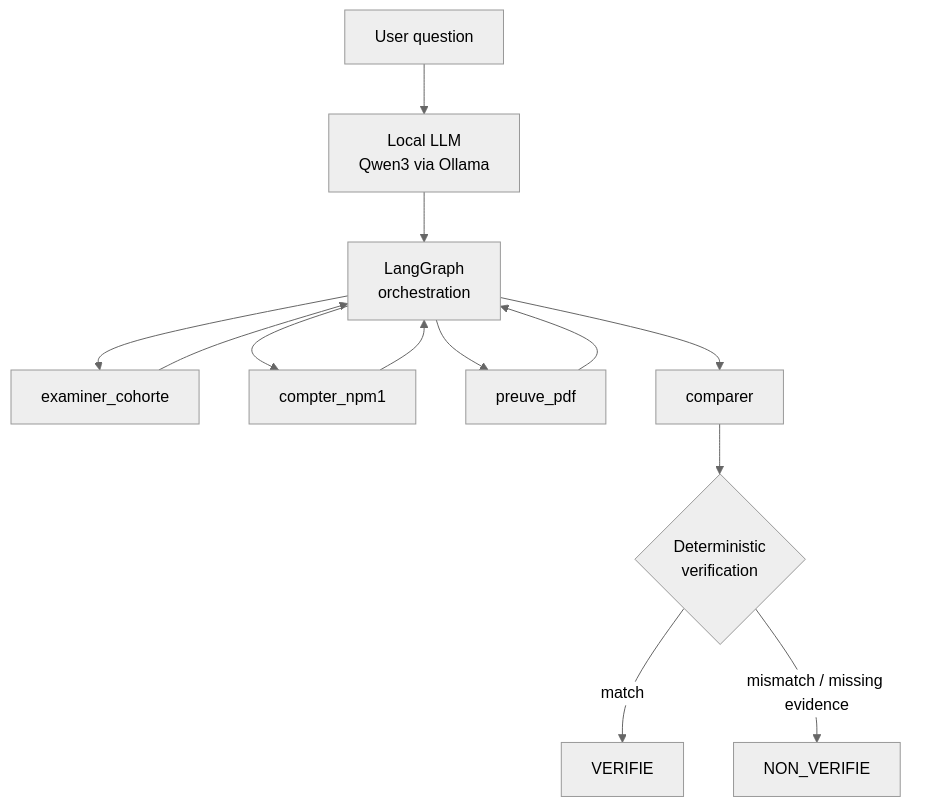
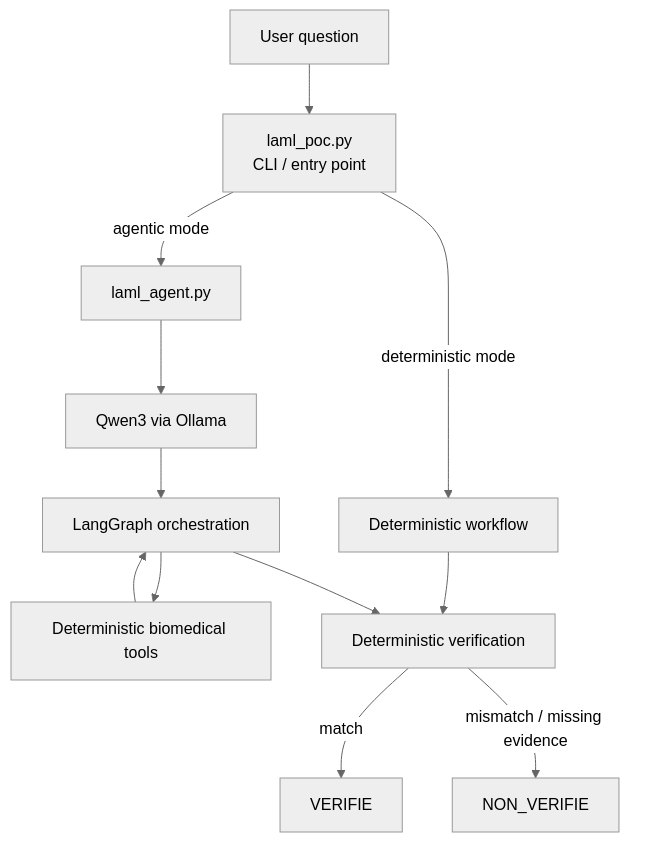
Before and after one commit to ataaillah/biomedical-agentic-poc: the diagram in README.md, drawn with Mermaid (neutral theme). The commit also changed other lines of this file and 1 other file, not shown here.

Commit message:
Refine public README and CLI description

````diff
--- a/README.md
+++ b/README.md
@@ -55,22 +55,14 @@
 ```mermaid
 flowchart TD
-
-    Q[User question] --> LLM[Local LLM<br/>Qwen3 via Ollama]
-
-    LLM --> LG[LangGraph<br/>orchestration]
-
-    LG --> EC[examiner_cohorte]
-    LG --> CN[compter_npm1]
-    LG --> PDF[preuve_pdf]
-
-    EC --> LG
-    CN --> LG
-    PDF --> LG
-
-    LG --> CMP[comparer]
-
-    CMP --> V{Deterministic<br/>verification}
-
+    Q[User question] --> CLI[laml_poc.py<br/>CLI / entry point]
+    CLI -->|deterministic mode| DET[Deterministic workflow]
+    CLI -->|agentic mode| AG[laml_agent.py]
+    AG --> LLM[Qwen3 via Ollama]
+    LLM --> LG[LangGraph orchestration]
+    LG --> T[Deterministic biomedical tools]
+    T --> LG
+    DET --> V[Deterministic verification]
+    LG --> V
     V -->|match| OK[VERIFIE]
     V -->|mismatch / missing evidence| NOK[NON_VERIFIE]
 ```
````
